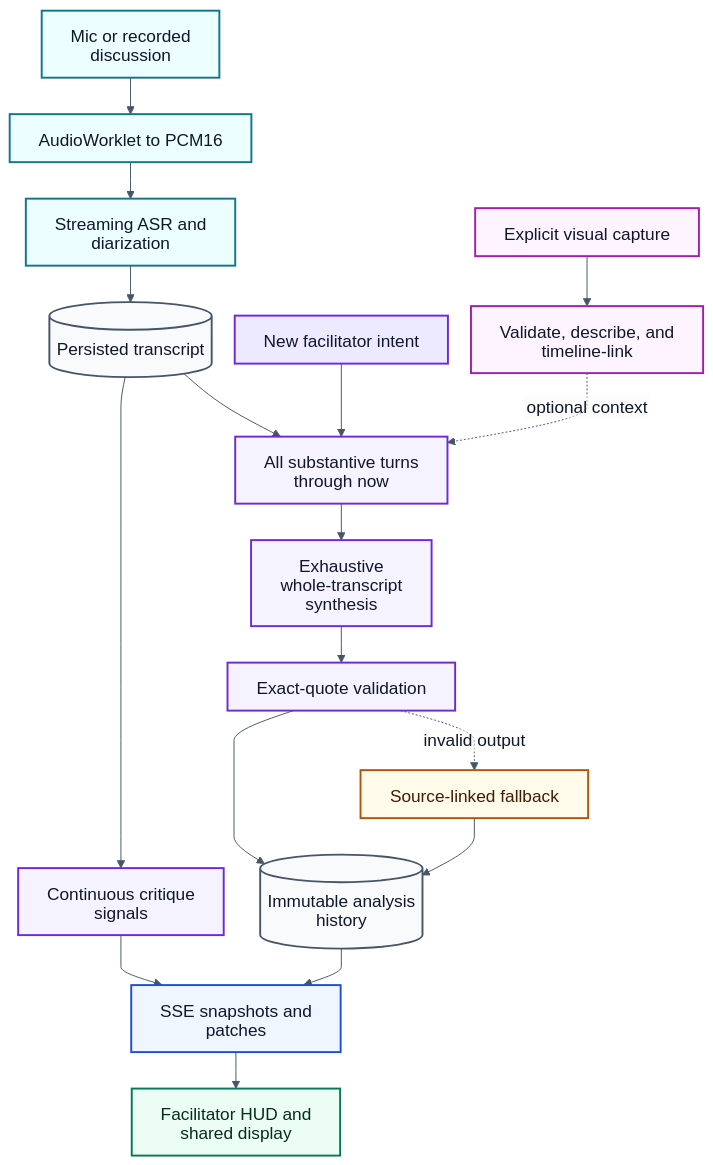
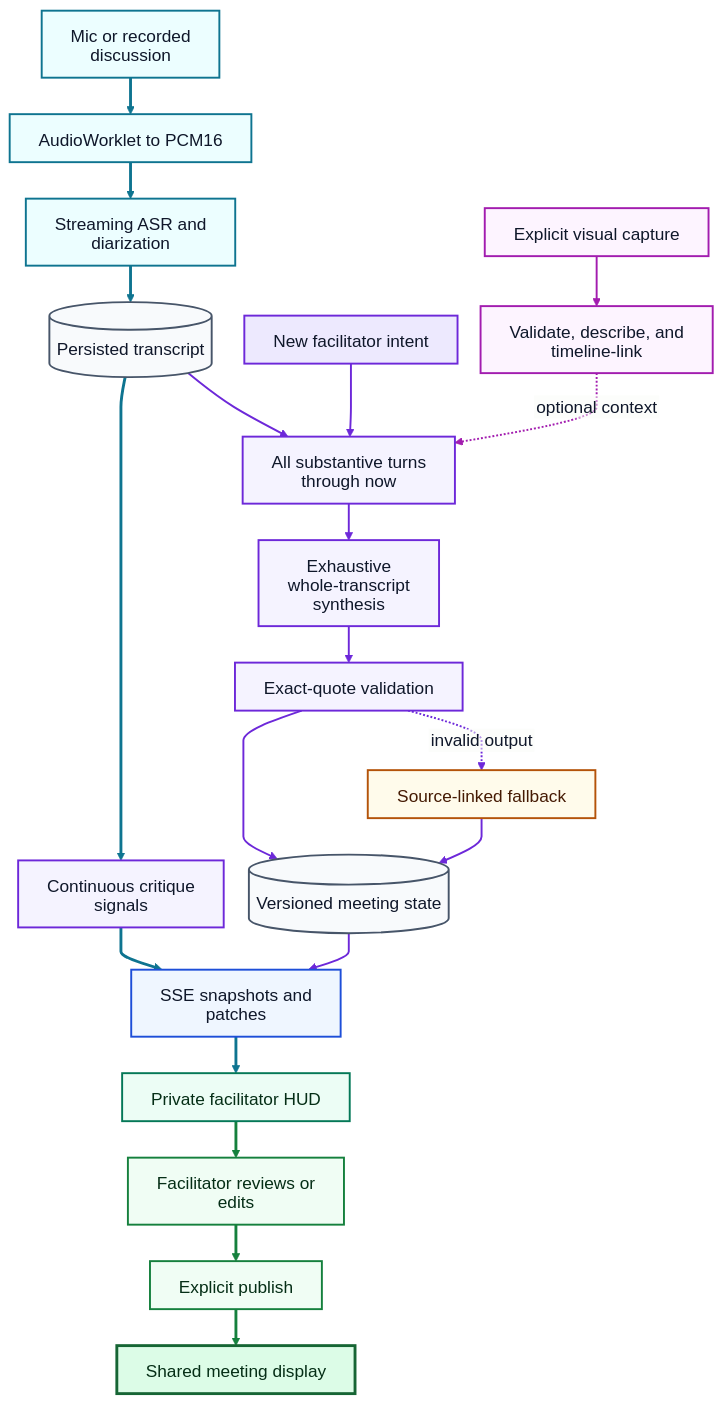
The diagram in README.md (phuawenpu/huddle), drawn with Mermaid before and after one commit. The commit also changed other lines of this file and 1 other file, not shown here.

Commit message:
Clarify live AI control flow

````diff
--- a/README.md
+++ b/README.md
@@ -27,53 +27,65 @@
 ```mermaid
 ---
 config:
   theme: base
   htmlLabels: false
   flowchart:
     curve: monotoneY
     nodeSpacing: 24
     rankSpacing: 38
     diagramPadding: 8
   themeVariables:
     fontFamily: "Inter, Segoe UI, sans-serif"
     fontSize: "18px"
     background: "#ffffff"
     primaryColor: "#f8fafc"
     primaryTextColor: "#0f172a"
     primaryBorderColor: "#64748b"
     lineColor: "#475569"
 ---
 flowchart TB
   Audio["Mic or recorded discussion"]:::capture
   PCM["AudioWorklet to PCM16"]:::capture
   ASR["Streaming ASR and diarization"]:::capture
   Turns[("Persisted transcript")]:::store
   Signals["Continuous critique signals"]:::analysis
   Events["SSE snapshots and patches"]:::transport
-  Views["Facilitator HUD and shared display"]:::view
+  HUD["Private facilitator HUD"]:::view
 
   Intent["New facilitator intent"]:::intent
   Cutoff["All substantive turns through now"]:::analysis
   Synthesis["Exhaustive whole-transcript synthesis"]:::analysis
   Grounding["Exact-quote validation"]:::analysis
-  History[("Immutable analysis history")]:::store
+  State[("Versioned meeting state")]:::store
   Fallback["Source-linked fallback"]:::fallback
 
   Frame["Explicit visual capture"]:::visual
   Context["Validate, describe, and timeline-link"]:::visual
 
-  Audio --> PCM --> ASR --> Turns --> Signals --> Events --> Views
+  Review["Facilitator reviews or edits"]:::human
+  Publish["Explicit publish"]:::human
+  Shared["Shared meeting display"]:::shared
+
+  Audio --> PCM --> ASR --> Turns --> Signals --> Events --> HUD
   Intent --> Cutoff
-  Turns --> Cutoff --> Synthesis --> Grounding --> History --> Events
+  Turns --> Cutoff --> Synthesis --> Grounding --> State --> Events
   Frame --> Context -. optional context .-> Cutoff
-  Grounding -. invalid output .-> Fallback --> History
+  Grounding -. invalid output .-> Fallback --> State
+  HUD --> Review --> Publish --> Shared
 
   classDef capture fill:#ecfeff,stroke:#0e7490,color:#0f172a,stroke-width:2px;
   classDef analysis fill:#f5f3ff,stroke:#6d28d9,color:#0f172a,stroke-width:2px;
   classDef intent fill:#ede9fe,stroke:#6d28d9,color:#0f172a,stroke-width:2px;
   classDef visual fill:#fdf4ff,stroke:#a21caf,color:#0f172a,stroke-width:2px;
   classDef store fill:#f8fafc,stroke:#475569,color:#0f172a,stroke-width:2px;
   classDef fallback fill:#fffbeb,stroke:#b45309,color:#451a03,stroke-width:2px;
   classDef transport fill:#eff6ff,stroke:#1d4ed8,color:#0f172a,stroke-width:2px;
   classDef view fill:#ecfdf5,stroke:#047857,color:#052e16,stroke-width:2px;
+  classDef human fill:#f0fdf4,stroke:#15803d,color:#052e16,stroke-width:2px;
+  classDef shared fill:#dcfce7,stroke:#166534,color:#052e16,stroke-width:3px;
+
+  linkStyle 0,1,2,3,4,5 stroke:#0e7490,stroke-width:3px;
+  linkStyle 6,7,8,9,10,11,14,15 stroke:#6d28d9,stroke-width:2px;
+  linkStyle 12,13 stroke:#a21caf,stroke-width:2px;
+  linkStyle 16,17,18 stroke:#15803d,stroke-width:3px;
 ```
````
